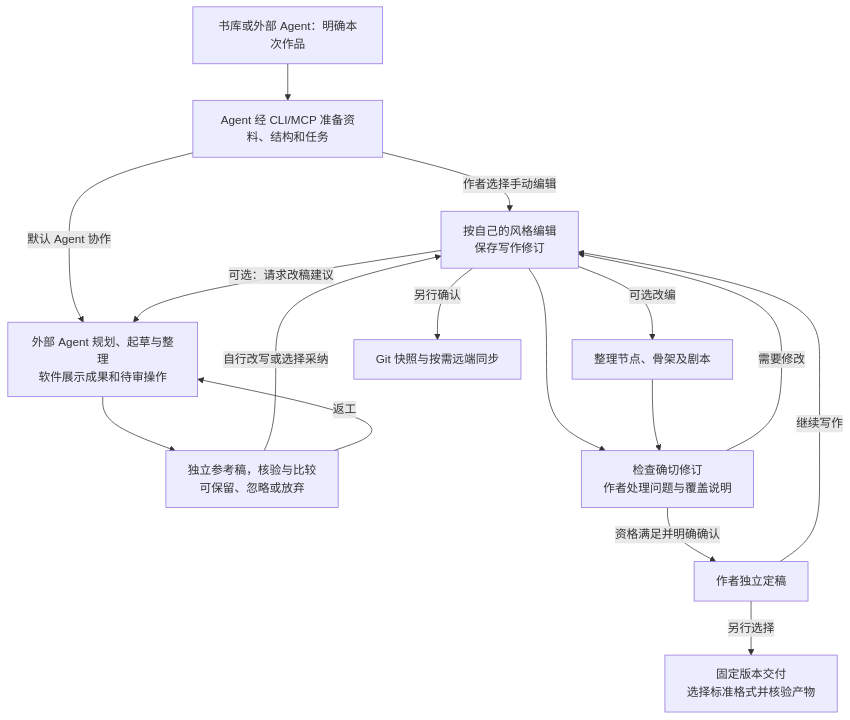
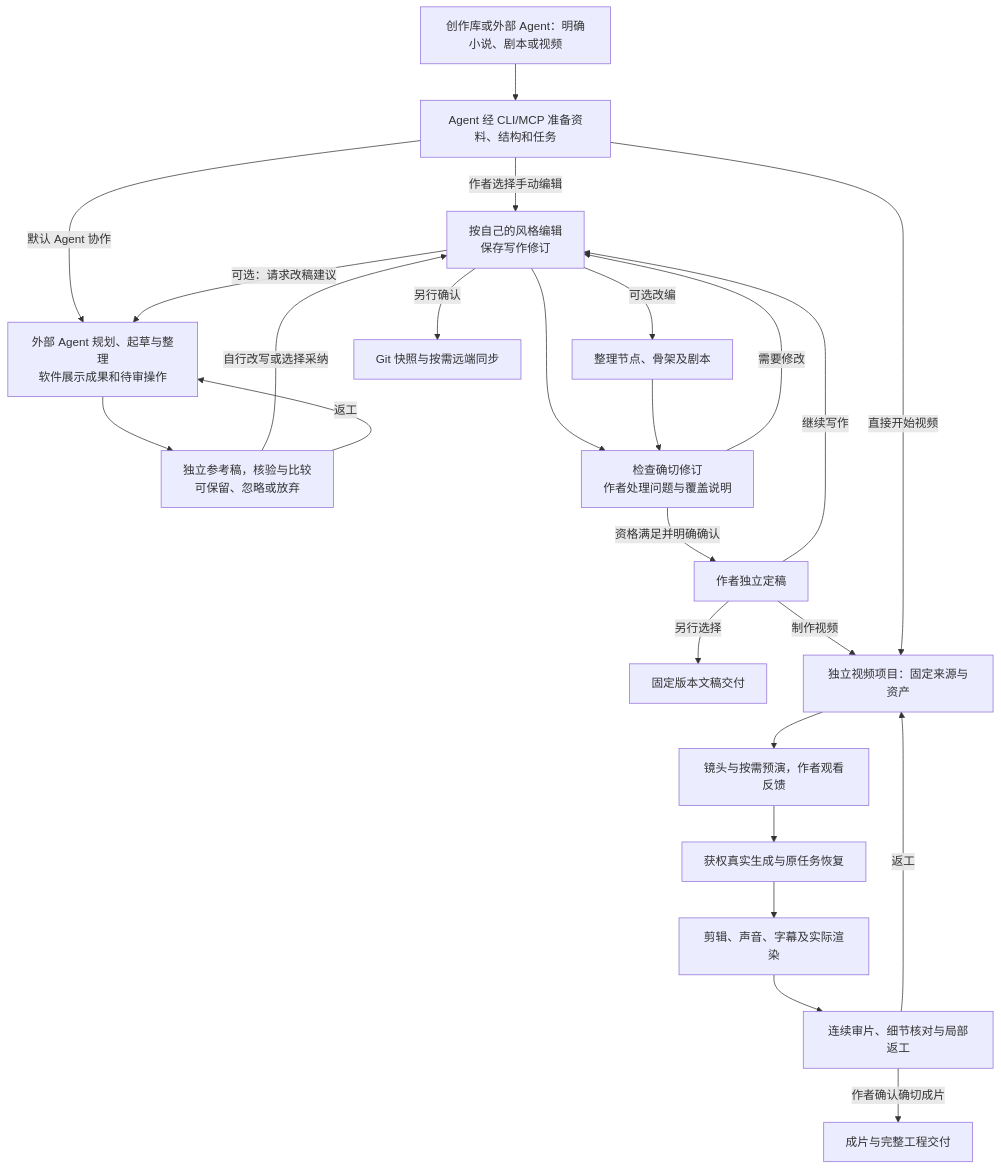
Before and after one commit to limecloud/hetu: diagram 28 of 54 in docs/23-业务流程与MCP时序.md, drawn with Mermaid. The commit also changed other lines of this file and 798 other files, not shown here.

````diff
--- a/docs/23-业务流程与MCP时序.md
+++ b/docs/23-业务流程与MCP时序.md
@@ -763,18 +764,26 @@
 ```mermaid
 flowchart TD
-    library["书库或外部 Agent：明确本次作品"] --> organize["Agent 经 CLI/MCP 准备资料、结构和任务"]
+    library["创作库或外部 Agent：明确小说、剧本或视频"] --> organize["Agent 经 CLI/MCP 准备资料、结构和任务"]
     organize -->|"作者选择手动编辑"| writing["按自己的风格编辑<br/>保存写作修订"]
     organize -->|"默认 Agent 协作"| handoff["外部 Agent 规划、起草与整理<br/>软件展示成果和待审操作"]
     writing -->|"可选：请求改稿建议"| handoff
     handoff --> receive["独立参考稿，核验与比较<br/>可保留、忽略或放弃"]
     receive -->|"自行改写或选择采纳"| writing
     receive -->|"返工"| handoff
     writing -->|"可选改编"| adaptation["整理节点、骨架及剧本"]
     writing --> check["检查确切修订<br/>作者处理问题与覆盖说明"]
     writing -->|"另行确认"| git["Git 快照与按需远端同步"]
     adaptation --> check
     check -->|"需要修改"| writing
     check -->|"资格满足并明确确认"| final["作者独立定稿"]
     final -->|"继续写作"| writing
-    final -->|"另行选择"| bundle["固定版本交付<br/>选择标准格式并核验产物"]
+    final -->|"另行选择"| bundle["固定版本文稿交付"]
+    final -->|"制作视频"| video["独立视频项目：固定来源与资产"]
+    organize -->|"直接开始视频"| video
+    video --> previs["镜头与按需预演，作者观看反馈"]
+    previs --> clips["获权真实生成与原任务恢复"]
+    clips --> edit["剪辑、声音、字幕及实际渲染"]
+    edit --> review["连续审片、细节核对与局部返工"]
+    review -->|"返工"| video
+    review -->|"作者确认确切成片"| delivery["成片与完整工程交付"]
 ```
````
